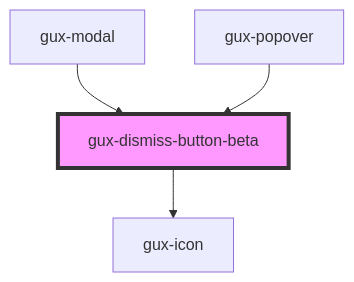
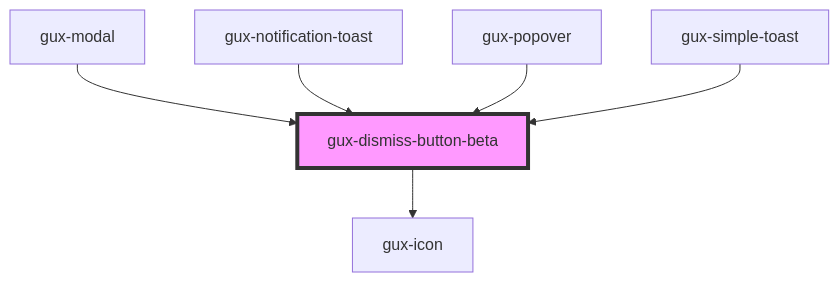
One commit to MyPureCloud/genesys-spark changed the diagram in src/components/beta/gux-dismiss-button/readme.md. Above: the diagram before and after it, drawn with Mermaid. The commit also changed other lines of this file and 61 other files, not shown here.

First line of the commit message:
refactor(dismiss-button): added gux dismiss button to notification toast and simple toast

````diff
--- a/src/components/beta/gux-dismiss-button/readme.md
+++ b/src/components/beta/gux-dismiss-button/readme.md
@@ -20,7 +22,9 @@
 ```mermaid
 graph TD;
   gux-dismiss-button-beta --> gux-icon
   gux-modal --> gux-dismiss-button-beta
+  gux-notification-toast --> gux-dismiss-button-beta
   gux-popover --> gux-dismiss-button-beta
+  gux-simple-toast --> gux-dismiss-button-beta
   style gux-dismiss-button-beta fill:#f9f,stroke:#333,stroke-width:4px
 ```
````
